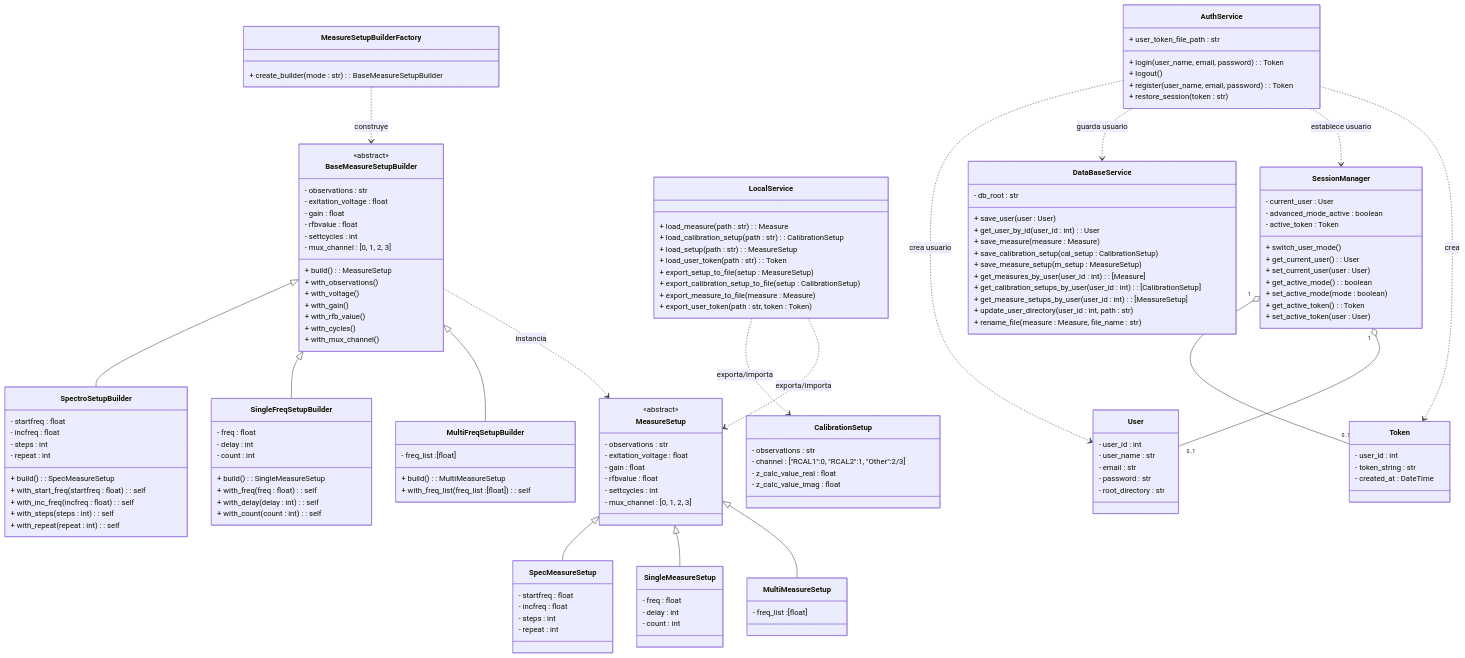
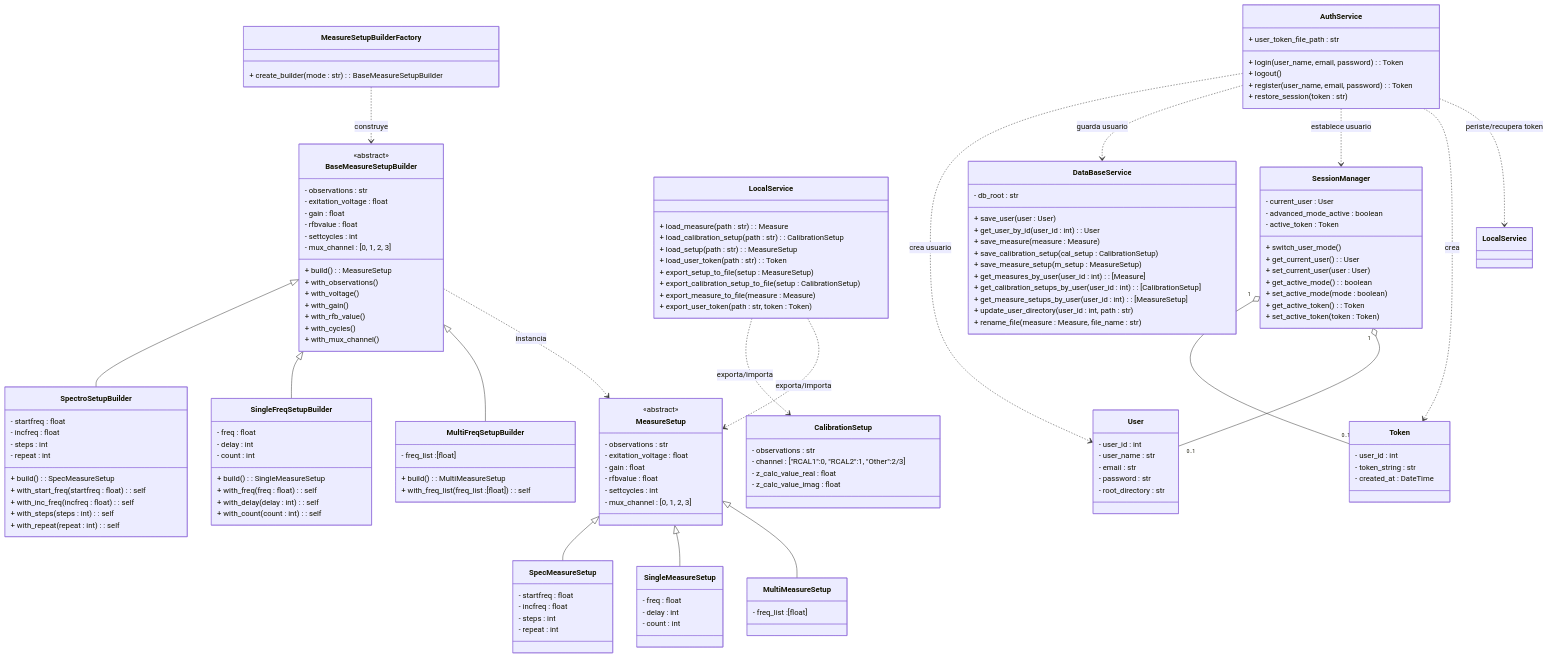
Before and after one commit to alegrelias/Repo-GMini: the fifth of 6 diagrams in Gmini-MarkDown/Diagramas/Clases Conceptuales.md, drawn with Mermaid. The commit also changed other lines of this file, not shown here.

Commit message:
Se modifica diagrama de clases

```diff
--- a/Gmini-MarkDown/Diagramas/Clases Conceptuales.md
+++ b/Gmini-MarkDown/Diagramas/Clases Conceptuales.md
@@ -892,7 +900,7 @@
 	+ get_active_mode() : boolean
 	+ set_active_mode(mode : boolean)
 	+ get_active_token() : Token
-	+ set_active_token(user : User)
+	+ set_active_token(token : Token)
 }
 
 %% builder patern
@@ -953,6 +961,7 @@
 AuthService ..> DataBaseService : guarda usuario
 AuthService ..> SessionManager : establece usuario
 AuthService ..> Token : crea
+AuthService ..> LocalServiec : periste/recupera token
 
 SessionManager "1"o--"0..1" Token
 SessionManager "1"o--"0..1" User
```
